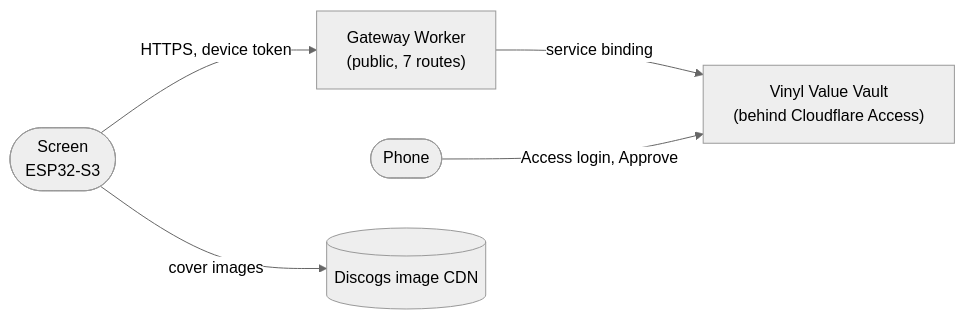
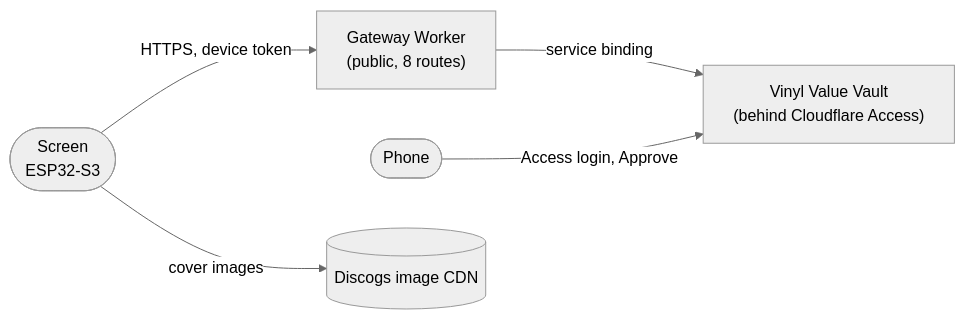
Before and after one commit to JakubMini/vinyl-vault-screen: the diagram in README.md, drawn with Mermaid (neutral theme). The commit also changed other lines of this file and 10 other files, not shown here.

````diff
--- a/README.md
+++ b/README.md
@@ -52,7 +54,7 @@
 ```mermaid
 flowchart LR
-  screen(["Screen<br/>ESP32-S3"]) -->|HTTPS, device token| gateway["Gateway Worker<br/>(public, 7 routes)"]
+  screen(["Screen<br/>ESP32-S3"]) -->|HTTPS, device token| gateway["Gateway Worker<br/>(public, 8 routes)"]
   gateway -->|service binding| vault["Vinyl Value Vault<br/>(behind Cloudflare Access)"]
   phone(["Phone"]) -->|Access login, Approve| vault
   screen -->|cover images| discogs[("Discogs image CDN")]
 ```
````
